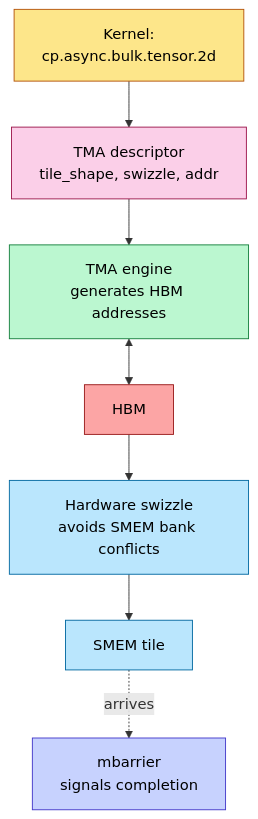
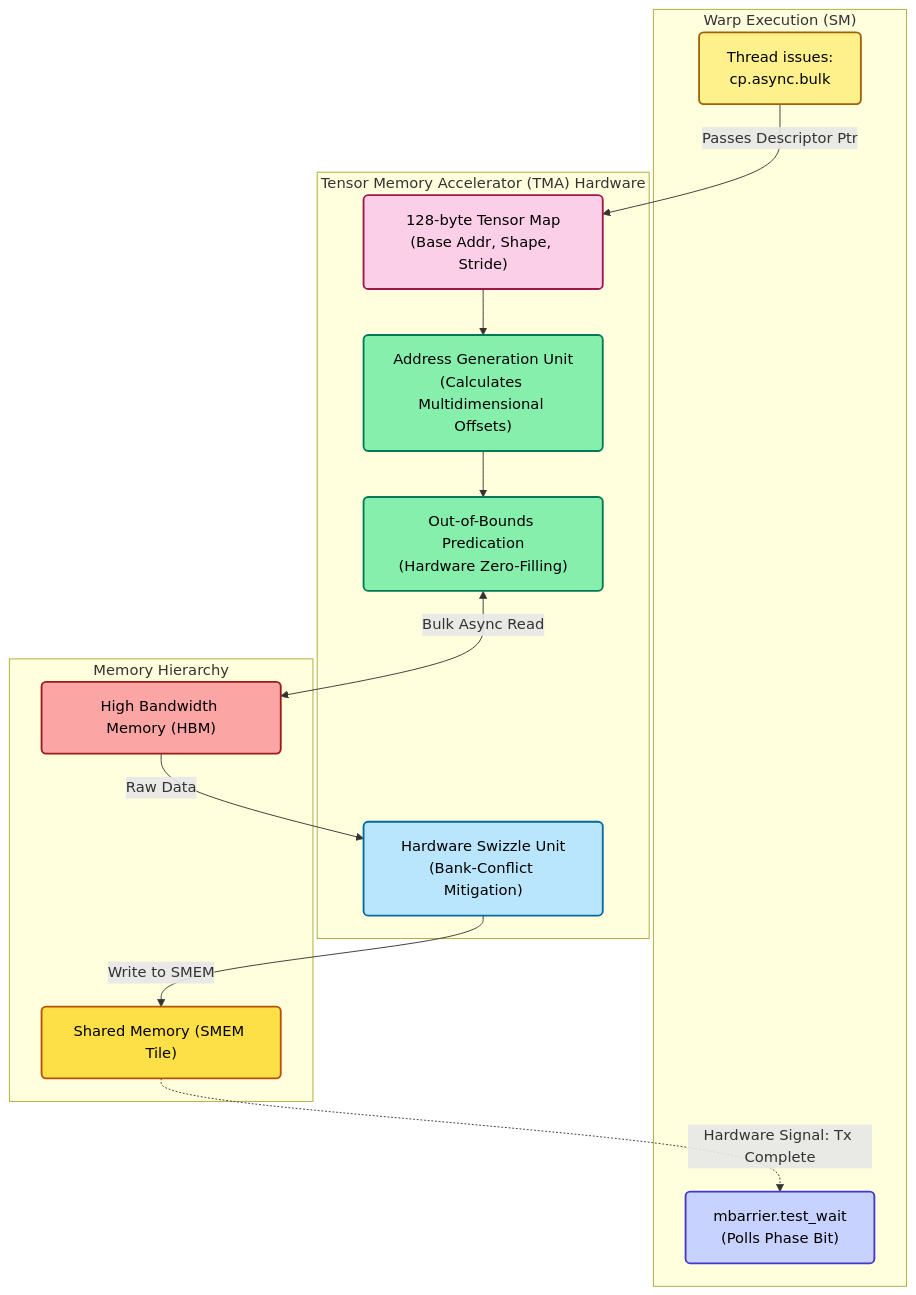
One commit to Wty2003328/ai_infra_intro changed the second of 3 diagrams in ai_infra/L3_Microarchitecture/GPU_Architecture.md. Above: the diagram before and after it, drawn with Mermaid. The commit also changed other lines of this file and 13 other files, not shown here.

````diff
--- a/ai_infra/L3_Microarchitecture/GPU_Architecture.md
+++ b/ai_infra/L3_Microarchitecture/GPU_Architecture.md
@@ -214,21 +258,35 @@
 ```mermaid
 flowchart TD
-    K[Kernel:<br/>cp.async.bulk.tensor.2d]:::k
-    DESC[TMA descriptor<br/>tile_shape, swizzle, addr]:::d
-    TMA[TMA engine<br/>generates HBM addresses]:::tma
-    HBM[HBM]:::off
-    SWZ[Hardware swizzle<br/>avoids SMEM bank conflicts]:::sw
-    SMEM[SMEM tile]:::mem
-    BAR[mbarrier<br/>signals completion]:::bar
-    K --> DESC --> TMA
-    TMA <--> HBM
-    HBM --> SWZ --> SMEM
-    SMEM -. arrives .-> BAR
-    classDef k fill:#fde68a,stroke:#b45309,color:#000
-    classDef d fill:#fbcfe8,stroke:#9d174d,color:#000
-    classDef tma fill:#bbf7d0,stroke:#15803d,color:#000
-    classDef off fill:#fca5a5,stroke:#991b1b,color:#000
-    classDef sw fill:#bae6fd,stroke:#0369a1,color:#000
-    classDef mem fill:#bae6fd,stroke:#0369a1,color:#000
-    classDef bar fill:#c7d2fe,stroke:#4338ca,color:#000
+    subgraph SM_EXEC["Warp Execution (SM)"]
+        K["Thread issues:<br/>cp.async.bulk"]:::k
+        MB["mbarrier.test_wait<br/>(Polls Phase Bit)"]:::bar
+    end
+    
+    subgraph TMA_HW["Tensor Memory Accelerator (TMA) Hardware"]
+        DESC["128-byte Tensor Map<br/>(Base Addr, Shape, Stride)"]:::d
+        AGU["Address Generation Unit<br/>(Calculates Multidimensional Offsets)"]:::tma
+        OOB["Out-of-Bounds Predication<br/>(Hardware Zero-Filling)"]:::tma
+        SWZ["Hardware Swizzle Unit<br/>(Bank-Conflict Mitigation)"]:::sw
+    end
+    
+    subgraph MEMORY["Memory Hierarchy"]
+        HBM["High Bandwidth Memory (HBM)"]:::off
+        SMEM["Shared Memory (SMEM Tile)"]:::mem
+    end
+
+    K -->|Passes Descriptor Ptr| DESC
+    DESC --> AGU
+    AGU --> OOB
+    OOB <-->|Bulk Async Read| HBM
+    HBM -->|Raw Data| SWZ
+    SWZ -->|Write to SMEM| SMEM
+    SMEM -.->|Hardware Signal: Tx Complete| MB
+
+    classDef k fill:#fef08a,stroke:#a16207,stroke-width:2px,color:#000,rx:5px,ry:5px
+    classDef d fill:#fbcfe8,stroke:#9d174d,stroke-width:2px,color:#000,rx:5px,ry:5px
+    classDef tma fill:#86efac,stroke:#047857,stroke-width:2px,color:#000,rx:5px,ry:5px
+    classDef off fill:#fca5a5,stroke:#991b1b,stroke-width:2px,color:#000,rx:5px,ry:5px
+    classDef sw fill:#bae6fd,stroke:#0369a1,stroke-width:2px,color:#000,rx:5px,ry:5px
+    classDef mem fill:#fde047,stroke:#b45309,stroke-width:2px,color:#000,rx:5px,ry:5px
+    classDef bar fill:#c7d2fe,stroke:#4338ca,stroke-width:2px,color:#000,rx:5px,ry:5px
 ```
````
